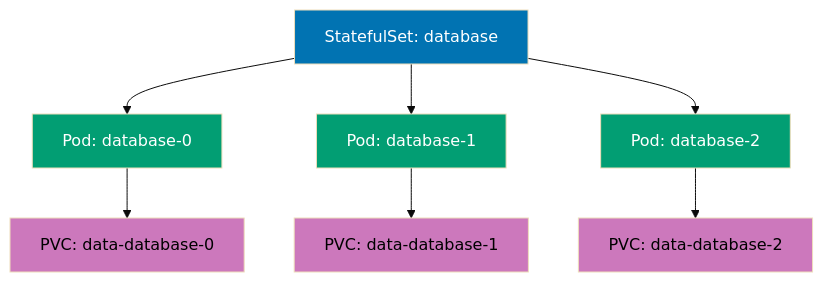
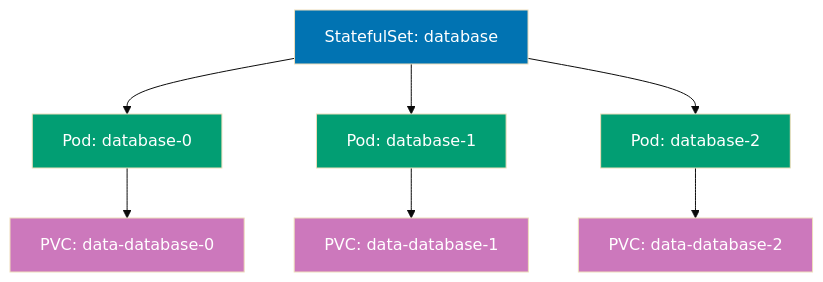
Before and after one commit to wahidyankf/open-sharia-enterprise: the first of 12 diagrams in apps/ayokoding-web/content/en/learn/software-engineering/infrastructure/tools/kubernetes/by-example/intermediate.md, drawn with Mermaid (base theme). The commit also changed other lines of this file and 61 other files, not shown here.

First line of the commit message:
fix(ayokoding-web): quote Mermaid node labels with special characters in Example 63

````diff
--- a/apps/ayokoding-web/content/en/learn/software-engineering/infrastructure/tools/kubernetes/by-example/intermediate.md
+++ b/apps/ayokoding-web/content/en/learn/software-engineering/infrastructure/tools/kubernetes/by-example/intermediate.md
@@ -33,18 +33,18 @@
 ```mermaid
 %% StatefulSet architecture with persistent storage
 graph TD
     A[StatefulSet: database] --> B[Pod: database-0]
     A --> C[Pod: database-1]
     A --> D[Pod: database-2]
     B --> E[PVC: data-database-0]
     C --> F[PVC: data-database-1]
     D --> G[PVC: data-database-2]
 
     style A fill:#0173B2,color:#fff
     style B fill:#029E73,color:#fff
     style C fill:#029E73,color:#fff
     style D fill:#029E73,color:#fff
-    style E fill:#CC78BC,color:#000
-    style F fill:#CC78BC,color:#000
-    style G fill:#CC78BC,color:#000
+    style E fill:#CC78BC,color:#fff
+    style F fill:#CC78BC,color:#fff
+    style G fill:#CC78BC,color:#fff
 ```
````
